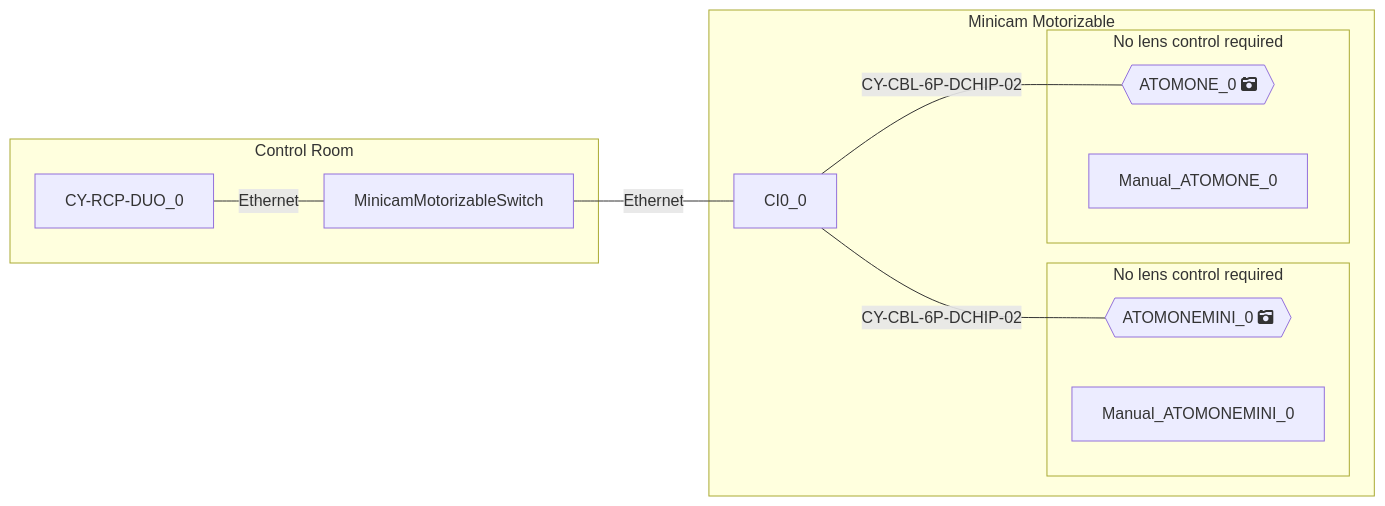
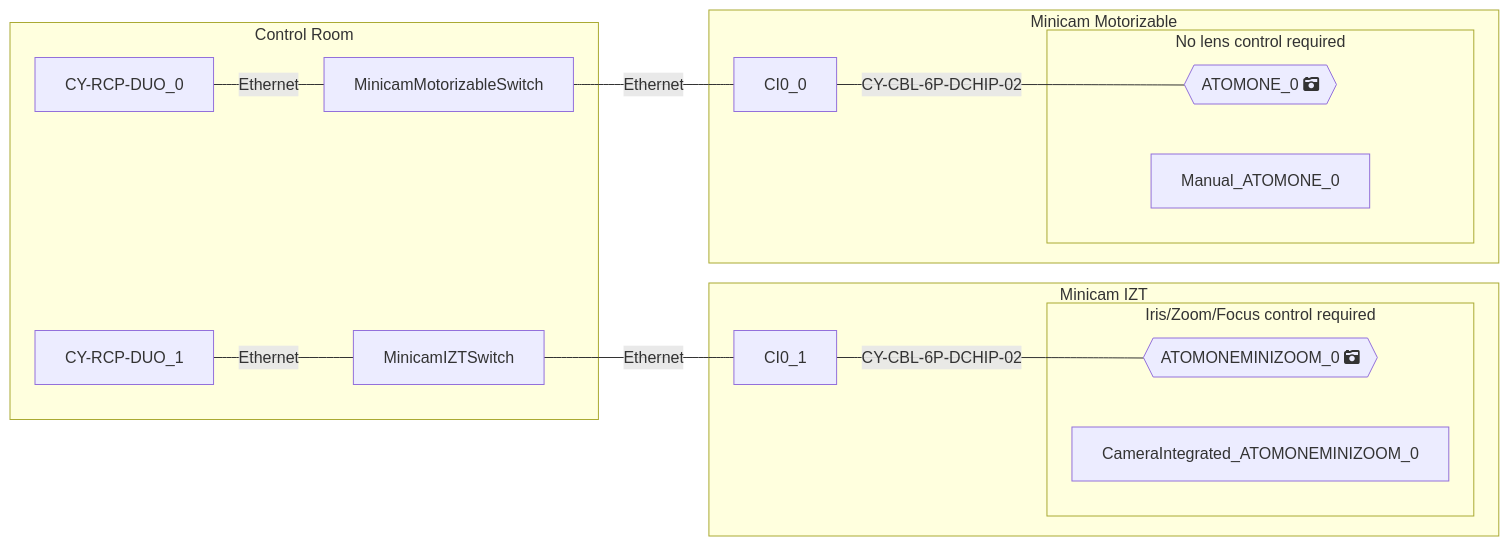
One commit to Rascarquapac/UIevaluation changed the diagram in debug/mermaid_code.md. Above: the diagram before and after it, drawn with Mermaid. The commit also changed 7 other files, not shown here.

```diff
--- a/debug/mermaid_code.md
+++ b/debug/mermaid_code.md
@@ -1,20 +1,24 @@
 :::mermaid
 graph RL
 subgraph Minicam Motorizable
 ATOMONE_0{{"ATOMONE_0 fa:fa-camera-retro"}}---|CY-CBL-6P-DCHIP-02|CI0_0
   subgraph ATOMONE_0_cameralens [No lens control required]
     ATOMONE_0
     Manual_ATOMONE_0
   end
-ATOMONEMINI_0{{"ATOMONEMINI_0 fa:fa-camera-retro"}}---|CY-CBL-6P-DCHIP-02|CI0_0
-  subgraph ATOMONEMINI_0_cameralens [No lens control required]
-    ATOMONEMINI_0
-    Manual_ATOMONEMINI_0
+end
+subgraph Minicam IZT
+ATOMONEMINIZOOM_0{{"ATOMONEMINIZOOM_0 fa:fa-camera-retro"}}---|CY-CBL-6P-DCHIP-02|CI0_1
+  subgraph ATOMONEMINIZOOM_0_cameralens [Iris/Zoom/Focus control required]
+    ATOMONEMINIZOOM_0
+    CameraIntegrated_ATOMONEMINIZOOM_0
   end
 end
 subgraph "Control Room" 
 CI0_0 --- |Ethernet|MinicamMotorizableSwitch
+CI0_1 --- |Ethernet|MinicamIZTSwitch
 MinicamMotorizableSwitch --- |Ethernet|CY-RCP-DUO_0
+MinicamIZTSwitch --- |Ethernet|CY-RCP-DUO_1
 end
 
 :::
```
